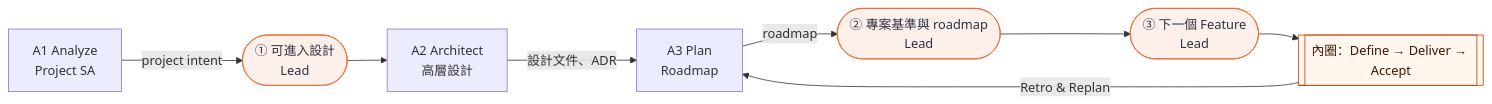
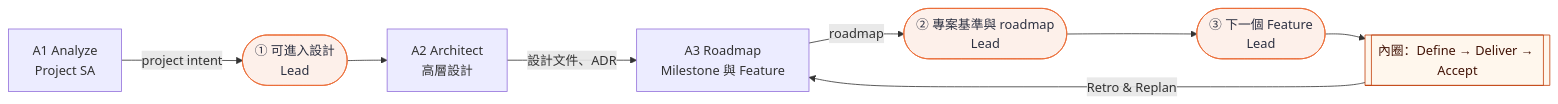
Before and after one commit to ellis429/loop-engineering: the second of 3 diagrams in docs/guide/user-guide.md, drawn with Mermaid. The commit also changed other lines of this file and 1 other file, not shown here.

First line of the commit message:
docs: link guide steps to skills, rename Plan to Roadmap, keep layers

````diff
--- a/docs/guide/user-guide.md
+++ b/docs/guide/user-guide.md
@@ -53,13 +71,13 @@
 ```mermaid
 flowchart LR
   A1["A1 Analyze<br/>Project SA"] -->|project intent| G1(["① 可進入設計<br/>Lead"])
   G1 --> A2["A2 Architect<br/>高層設計"]
-  A2 -->|設計文件、ADR| A3["A3 Plan<br/>Roadmap"]
+  A2 -->|設計文件、ADR| A3["A3 Roadmap<br/>Milestone 與 Feature"]
   A3 -->|roadmap| G2(["② 專案基準與 roadmap<br/>Lead"])
   G2 --> G3(["③ 下一個 Feature<br/>Lead"])
   G3 --> IN[["內圈：Define → Deliver → Accept"]]
   IN -->|Retro & Replan| A3
   classDef gate fill:#fdf0ea,stroke:#eb6c36,color:#2d3142
   class G1,G2,G3 gate
   style IN fill:#fff7ed,stroke:#c2410c,color:#431407
 ```
````
